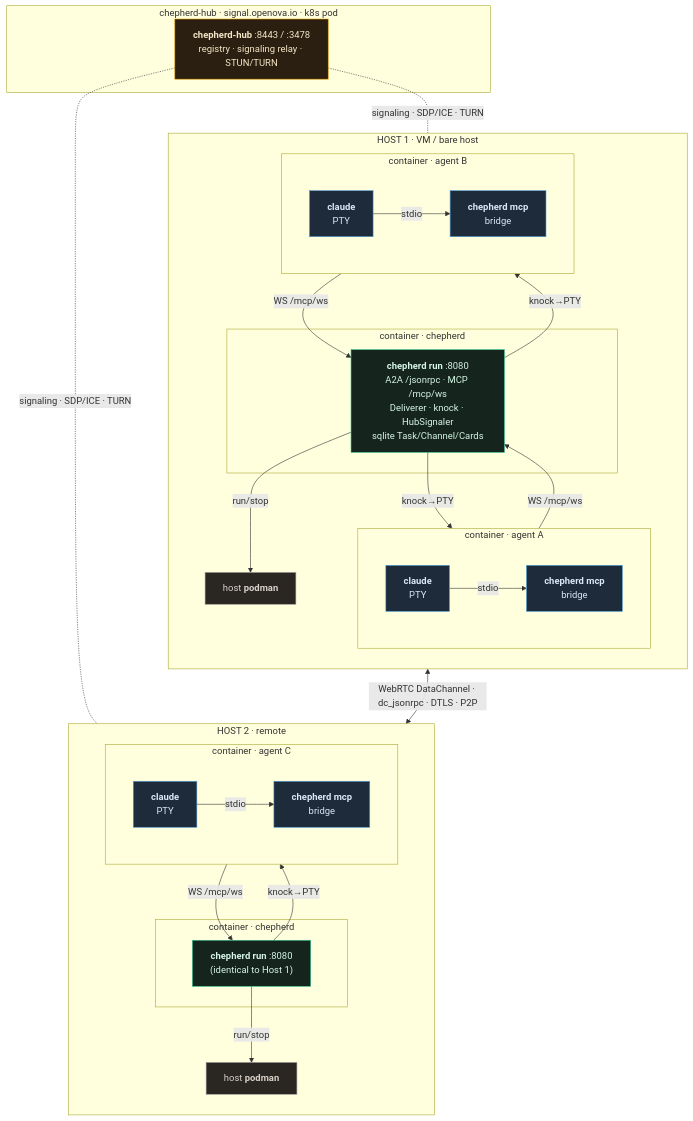
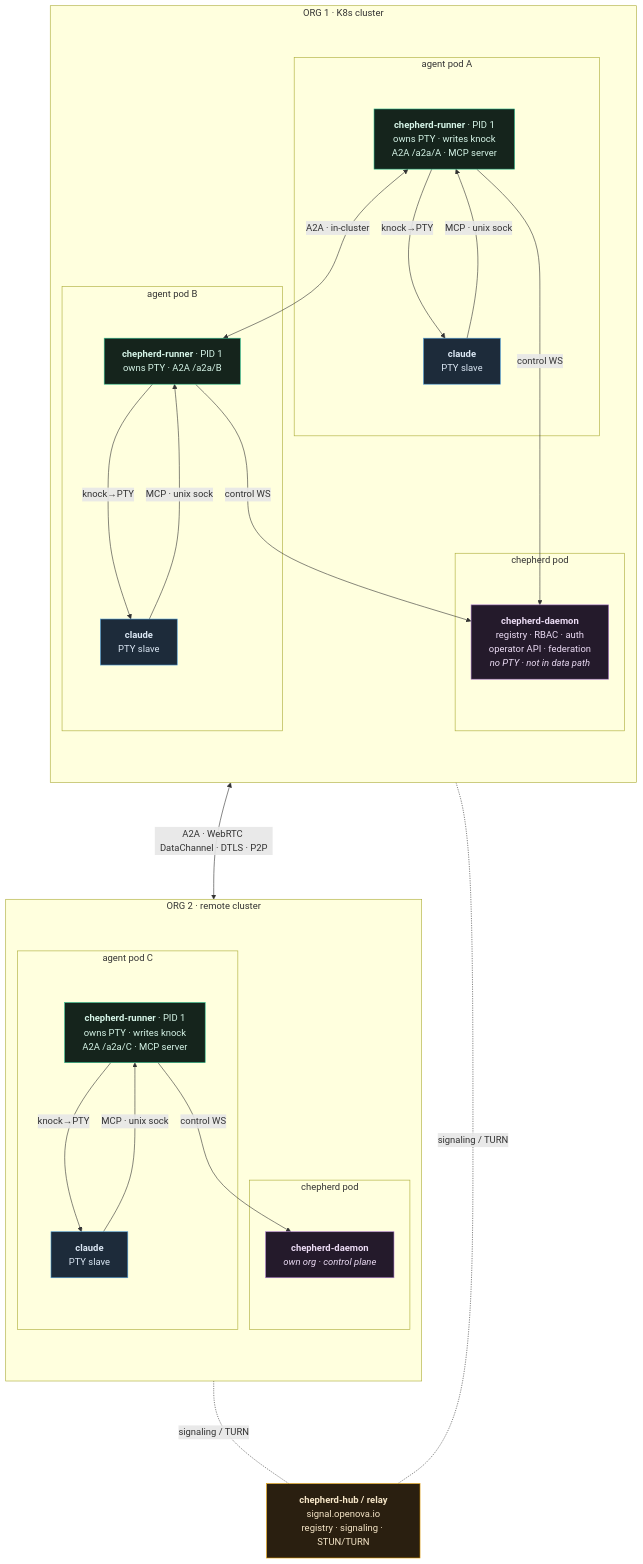
The first of 3 diagrams in docs/A2A-ARCHITECTURE.md (agenity-org/agenity), drawn with Mermaid before and after one commit. The commit also changed other lines of this file, not shown here.

First line of the commit message:
docs(a2a): FIX cross-pod-PTY error — runner owns PTY, pods independent

````diff
--- a/docs/A2A-ARCHITECTURE.md
+++ b/docs/A2A-ARCHITECTURE.md
@@ -13,64 +31,50 @@
 ```mermaid
-%%{init: {'flowchart': {'htmlLabels': true, 'nodeSpacing': 105, 'rankSpacing': 45, 'curve':'basis'}}}%%
+%%{init: {'flowchart': {'htmlLabels': true, 'nodeSpacing': 34, 'rankSpacing': 150, 'curve':'basis'}}}%%
 flowchart TB
   classDef agent fill:#1d2b3a,stroke:#4f9dd9,color:#dce8f5
-  classDef daemon fill:#15241c,stroke:#2fbf8f,color:#d6f5e8
-  classDef infra fill:#2a2622,stroke:#9a9a9a,color:#d8d2c8
+  classDef runner fill:#15241c,stroke:#2fbf8f,color:#d6f5e8
+  classDef daemon fill:#241a2b,stroke:#b07fd0,color:#ecdcf5
   classDef hub fill:#2a1f10,stroke:#e69f00,color:#f6e6c8
 
-  %% ── HUB (top-centre) — both daemons dial OUT to it ──────────────────
-  subgraph HUB["chepherd-hub · signal.openova.io · k8s pod"]
-    HUBP["<b>chepherd-hub</b> :8443 / :3478<br/>registry · signaling relay · STUN/TURN"]:::hub
+  HUBP["<b>chepherd-hub / relay</b><br/>signal.openova.io<br/>registry · signaling · STUN/TURN"]:::hub
+
+  subgraph ORG1["ORG 1 · K8s cluster"]
+    direction TB
+    subgraph PODD1["chepherd pod"]
+      DAEMON["<b>chepherd-daemon</b><br/>registry · RBAC · auth<br/>operator API · federation<br/><i>no PTY · not in data path</i>"]:::daemon
+    end
+    subgraph PODA["agent pod A"]
+      RUNA["<b>chepherd-runner</b> · PID 1<br/>owns PTY · writes knock<br/>A2A /a2a/A · MCP server"]:::runner
+      CLA["<b>claude</b><br/>PTY slave"]:::agent
+      RUNA -- "knock→PTY" --> CLA
+      CLA -- "MCP · unix sock" --> RUNA
+    end
+    subgraph PODB["agent pod B"]
+      RUNB["<b>chepherd-runner</b> · PID 1<br/>owns PTY · A2A /a2a/B"]:::runner
+      CLB["<b>claude</b><br/>PTY slave"]:::agent
+      RUNB -- "knock→PTY" --> CLB
+      CLB -- "MCP · unix sock" --> RUNB
+    end
+    RUNA -- "control WS" --> DAEMON
+    RUNB -- "control WS" --> DAEMON
+    RUNA <-->|"A2A · in-cluster"| RUNB
   end
 
-  %% ── HOST 1 — daemon spawns agents A + B ─────────────────────────────
-  subgraph HOST1["HOST 1 · VM / bare host"]
+  subgraph ORG2["ORG 2 · remote cluster"]
     direction TB
-    subgraph cD1["container · chepherd"]
-      DAEMON["<b>chepherd run</b> :8080<br/>A2A /jsonrpc · MCP /mcp/ws<br/>Deliverer · knock · HubSignaler<br/>sqlite Task/Channel/Cards"]:::daemon
+    subgraph PODD2["chepherd pod"]
+      DAEMON2["<b>chepherd-daemon</b><br/><i>own org · control plane</i>"]:::daemon
     end
-    subgraph cA["container · agent A"]
-      direction LR
-      CLA["<b>claude</b><br/>PTY"]:::agent
-      BRA["<b>chepherd mcp</b><br/>bridge"]:::agent
-      CLA -- stdio --> BRA
+    subgraph PODC["agent pod C"]
+      RUNC["<b>chepherd-runner</b> · PID 1<br/>owns PTY · writes knock<br/>A2A /a2a/C · MCP server"]:::runner
+      CLC["<b>claude</b><br/>PTY slave"]:::agent
+      RUNC -- "knock→PTY" --> CLC
+      CLC -- "MCP · unix sock" --> RUNC
     end
-    subgraph cB["container · agent B"]
-      direction LR
-      CLB["<b>claude</b><br/>PTY"]:::agent
-      BRB["<b>chepherd mcp</b><br/>bridge"]:::agent
-      CLB -- stdio --> BRB
-    end
-    POD1["host <b>podman</b>"]:::infra
-    BRA -- "WS /mcp/ws" --> DAEMON
-    BRB -- "WS /mcp/ws" --> DAEMON
-    DAEMON -- "knock→PTY" --> CLA
-    DAEMON -- "knock→PTY" --> CLB
-    DAEMON -- "run/stop" --> POD1
+    RUNC -- "control WS" --> DAEMON2
   end
 
-  %% ── HOST 2 (remote) — daemon spawns agent C ─────────────────────────
-  subgraph HOST2["HOST 2 · remote"]
-    direction TB
-    subgraph cD2["container · chepherd"]
-      DAEMON2["<b>chepherd run</b> :8080<br/>(identical to Host 1)"]:::daemon
-    end
-    subgraph cC["container · agent C"]
-      direction LR
-      CLC["<b>claude</b><br/>PTY"]:::agent
-      BRC["<b>chepherd mcp</b><br/>bridge"]:::agent
-      CLC -- stdio --> BRC
-    end
-    POD2["host <b>podman</b>"]:::infra
-    BRC -- "WS /mcp/ws" --> DAEMON2
-    DAEMON2 -- "knock→PTY" --> CLC
-    DAEMON2 -- "run/stop" --> POD2
-  end
-
-  %% control plane — signaling/discovery/TURN (no arrowhead: it's a dial-out link)
-  HUBP -. "signaling · SDP/ICE · TURN" .- DAEMON
-  HUBP -. "signaling · SDP/ICE · TURN" .- DAEMON2
-
-  %% data plane — A2A payload peer-to-peer, hub-blind
-  DAEMON <-->|"WebRTC DataChannel · dc_jsonrpc · DTLS · P2P"| DAEMON2
+  RUNA <-->|"A2A · WebRTC DataChannel · DTLS · P2P"| RUNC
+  RUNA -. "signaling / TURN" .- HUBP
+  RUNC -. "signaling / TURN" .- HUBP
 ```
````
